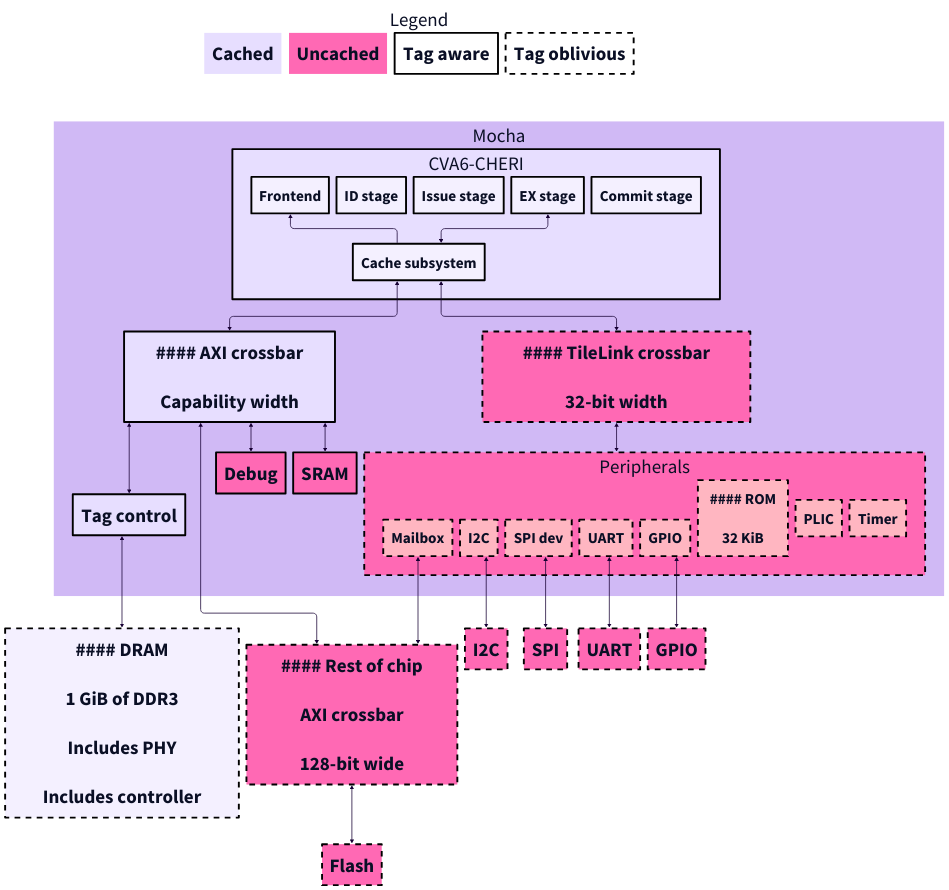
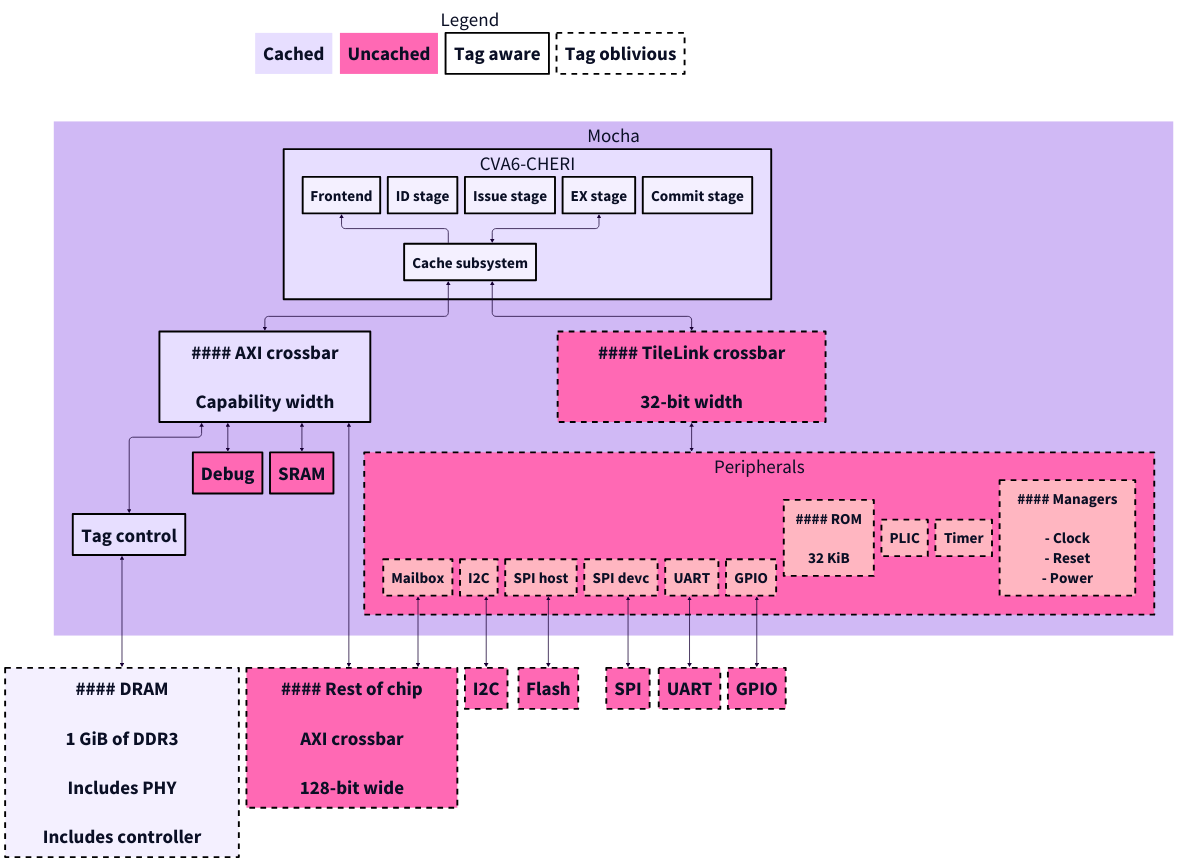
One commit to lowRISC/mocha changed the diagram in doc/img/mocha.d2. Above: the diagram before and after it, drawn with D2. The commit also changed 3 other files, not shown here.

First line of the commit message:
[doc] SPI host and managers defined

```diff
--- a/doc/img/mocha.d2
+++ b/doc/img/mocha.d2
@@ -1,188 +1,200 @@
 # Global settings
 vars: {
   d2-config: {
     layout-engine: elk
     theme-id: 7
   }
 }
 
 dram: |md
     #### DRAM
 
     1 GiB of DDR3
 
     Includes PHY
 
     Includes controller
 |
 dram.shape: rectangle
 dram.style.stroke-dash: 3
 
 Mocha: {
     # Processor arriane.sv includes just cva6.sv
     CVA6-CHERI {
         # csr_regfile
         #CSR regfile
         # perf_counters
         #Performance counters
         #Controller
         #Tracing: {
         #    # instr_tracer
         #    Instruction tracer
         #    # cva6_rvfi_probes
         #    RVFI probes
         #}
         Frontend
         # id_stage
         ID stage
         # issue_stage
         Issue stage
         # ex_stage
         EX stage
         # commit_stage
         Commit stage
         # cache_subsystem
         Cache subsystem
 
         # memory
         Frontend <- Cache subsystem
         EX stage <-> Cache subsystem
     }
 
     axi: |md
         #### AXI crossbar
 
         Capability width
     |
     axi.shape: rectangle
 
     tlul: |md
         #### TileLink crossbar
 
         32-bit width
     |
     tlul.shape: rectangle
     # Uncached
     tlul.style.fill: hotpink
     # Tag oblivious
     tlul.style.stroke-dash: 3
 
 
     CVA6-CHERI.Cache subsystem <-> axi
     CVA6-CHERI.Cache subsystem <-> tlul
     axi <-> Tag control
     axi <-> Debug
     Debug.style.fill: hotpink
     axi <-> SRAM
     SRAM.style.fill: hotpink
 
     Peripherals {
         Mailbox
         Mailbox.style.fill:lightpink
         Mailbox.style.stroke-dash: 3
         I2C
         I2C.style.fill: lightpink
         I2C.style.stroke-dash: 3
-        SPI dev
-        SPI dev.style.fill: lightpink
-        SPI dev.style.stroke-dash: 3
+        SPI host
+        SPI host.style.fill: lightpink
+        SPI host.style.stroke-dash: 3
+        SPI devc
+        SPI devc.style.fill: lightpink
+        SPI devc.style.stroke-dash: 3
         UART
         UART.style.fill: lightpink
         UART.style.stroke-dash: 3
-        # USB device
         GPIO
         GPIO.style.fill: lightpink
         GPIO.style.stroke-dash: 3
         rom: |md
             #### ROM
 
             32 KiB
         |
         rom.shape: rectangle
         rom.style.fill: lightpink
         rom.style.stroke-dash: 3
         PLIC
         PLIC.style.fill:lightpink
         PLIC.style.stroke-dash: 3
         Timer
         Timer.style.fill: lightpink
         Timer.style.stroke-dash: 3
+        managers: |md
+            #### Managers
+
+            - Clock
+            - Reset
+            - Power
+        |
+        managers.shape: rectangle
+        managers.style.fill: lightpink
+        managers.style.stroke-dash: 3
     }
     # Uncached
     Peripherals.style.fill: hotpink
     # Tag oblivious
     Peripherals.style.stroke-dash: 3
 
     tlul <-> Peripherals
 }
 
 chip: |md
     #### Rest of chip
 
     AXI crossbar
 
     128-bit wide
 |
 chip.shape: rectangle
 chip.style.fill: hotpink
 chip.style.stroke-dash: 3
 
-chip <-> Flash
+Mocha.Peripherals.SPI host <-> Flash
 Flash.style.fill: hotpink
 Flash.style.stroke-dash: 3
 
 # External interfaces
 Mocha.Tag control <-> dram
 Mocha.axi <-> chip
 Mocha.Peripherals.Mailbox <-> chip
 Mocha.Peripherals.I2C <-> I2C
 I2C.style.fill: hotpink
 I2C.style.stroke-dash: 3
-Mocha.Peripherals.SPI dev <-> SPI
+Mocha.Peripherals.SPI devc <-> SPI
 SPI.style.fill: hotpink
 SPI.style.stroke-dash: 3
 Mocha.Peripherals.UART <-> UART
 UART.style.fill: hotpink
 UART.style.stroke-dash: 3
 Mocha.Peripherals.GPIO <-> GPIO
 GPIO.style.fill: hotpink
 GPIO.style.stroke-dash: 3
 
 # Legend
 Legend {
 Cached
 Uncached
 Tag aware
 Tag oblivious
 Uncached.style.fill: hotpink
 Tag aware.style.fill: transparent
 Tag oblivious.style.fill: transparent
 Tag oblivious.style.stroke-dash: 3
 }
 Legend <-> Mocha.CVA6-CHERI {
     style: {
         stroke: transparent
     }
 }
 Legend.style.fill: transparent
 
 # Set global font size
 *.style.font-size: 50
 *.*.style.font-size: 50
 *.*.*.style.font-size: 40
 
 # Set global stroke width
 *.style.stroke-width: 5
 *.*.style.stroke-width: 5
 *.*.*.style.stroke-width: 5
 
 # Set global stroke color
 *.style.stroke: black
 *.*.style.stroke: black
 *.*.*.style.stroke: black
 
 # Global overrides
 Mocha.style.stroke: transparent
 Legend.style.stroke: transparent
 Legend.Cached.style.stroke-width: 0
 Legend.Uncached.style.stroke-width: 0
```
